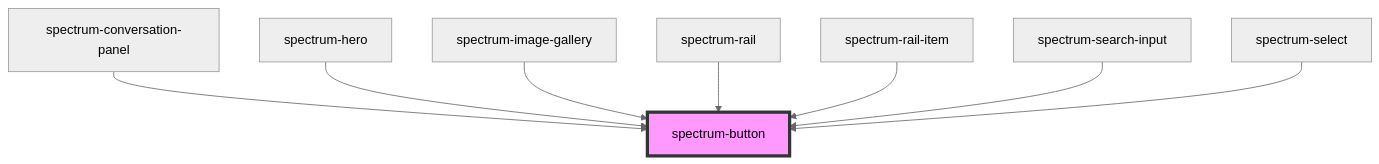
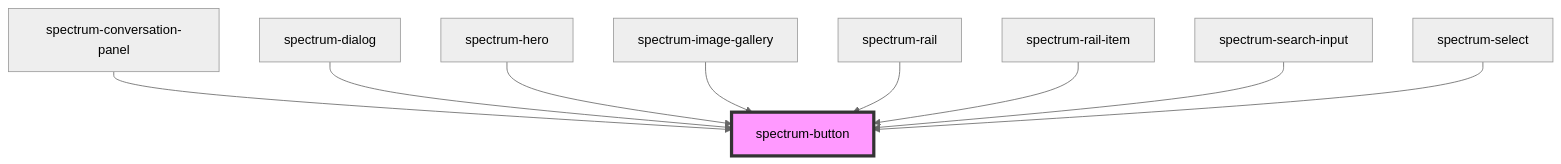
One commit to emamirelar/spectrum changed the diagram in packages/core/src/components/spectrum-button/readme.md. Above: the diagram before and after it, drawn with Mermaid (neutral theme). The commit also changed other lines of this file and 52 other files, not shown here.

````diff
--- a/packages/core/src/components/spectrum-button/readme.md
+++ b/packages/core/src/components/spectrum-button/readme.md
@@ -59,11 +60,12 @@
 ```mermaid
 graph TD;
   spectrum-conversation-panel --> spectrum-button
+  spectrum-dialog --> spectrum-button
   spectrum-hero --> spectrum-button
   spectrum-image-gallery --> spectrum-button
   spectrum-rail --> spectrum-button
   spectrum-rail-item --> spectrum-button
   spectrum-search-input --> spectrum-button
   spectrum-select --> spectrum-button
   style spectrum-button fill:#f9f,stroke:#333,stroke-width:4px
 ```
````
